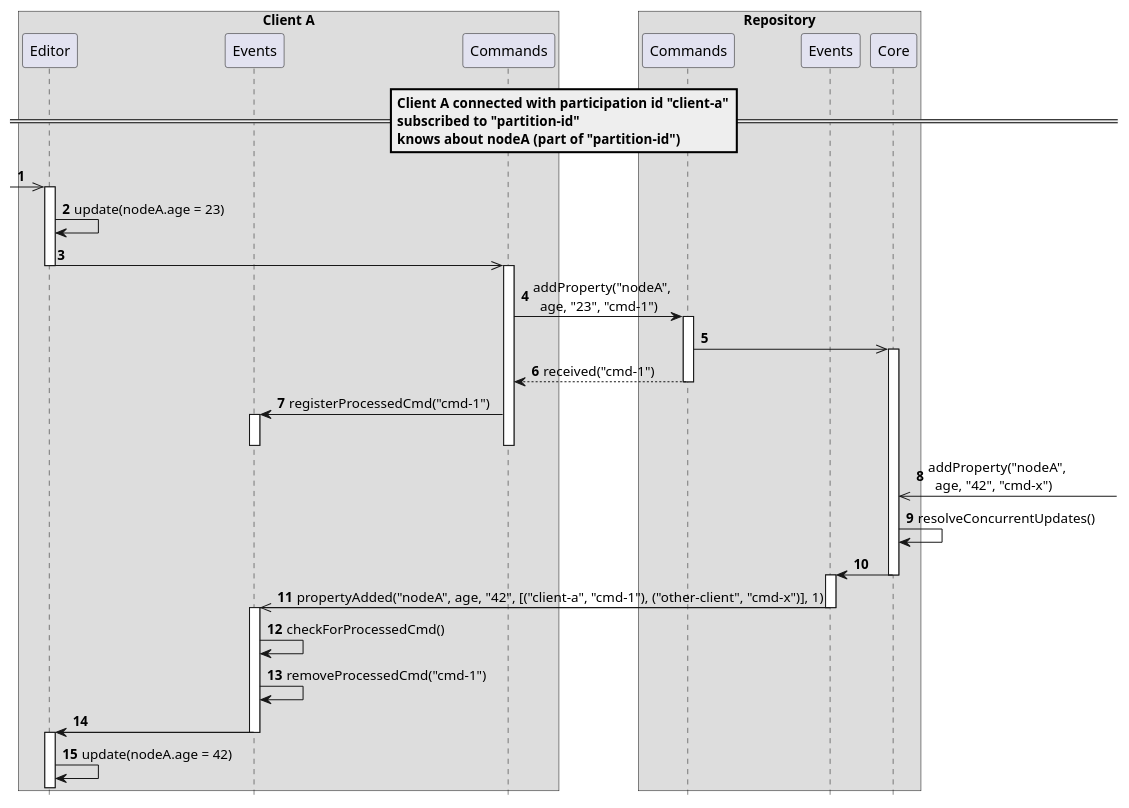
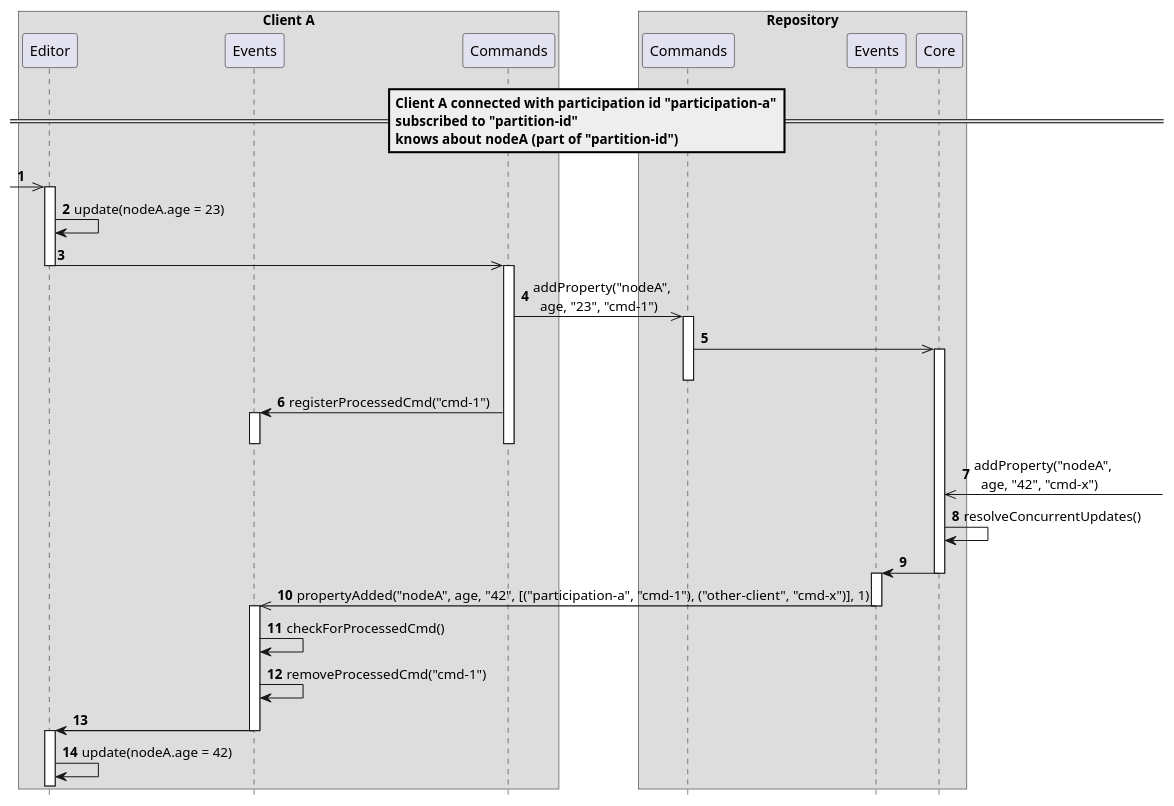
One commit to LionWeb-io/specification changed the diagram in delta/scenarios/concurrentChangeLocalUpdate.adoc. Above: the diagram before and after it, drawn with PlantUML. The commit also changed other lines of this file and 9 other files, not shown here.

```diff
--- a/delta/scenarios/concurrentChangeLocalUpdate.adoc
+++ b/delta/scenarios/concurrentChangeLocalUpdate.adoc
@@ -2,54 +2,53 @@
 [plantuml,concurrentChangeLocalUpdate,svg]
 ----
 hide footbox
 autonumber
 
 box "Client A"
   participant Editor as editor
   participant Events as clientEvent
   participant Commands as clientCmd
 end box
 
 box "Repository"
   participant Commands as repoCmd
   participant Events as repoEvent
   participant Core as core
 end box
 
-== Client A connected with participation id "client-a"\nsubscribed to "partition-id"\nknows about nodeA (part of "partition-id") ==
+== Client A connected with participation id "participation-a"\nsubscribed to "partition-id"\nknows about nodeA (part of "partition-id") ==
 
 [->> editor ++
 editor -> editor: update(nodeA.age = 23)
 editor ->> clientCmd
 deactivate editor
 activate clientCmd
-clientCmd -> repoCmd ++: addProperty("nodeA",\n  age, "23", "cmd-1")
+clientCmd ->> repoCmd ++: addProperty("nodeA",\n  age, "23", "cmd-1")
 repoCmd ->> core
 activate core
-clientCmd <-- repoCmd: received("cmd-1")
 deactivate repoCmd
 clientCmd -> clientEvent: registerProcessedCmd("cmd-1")
 activate clientEvent
 deactivate clientEvent
 deactivate clientCmd
 
 core <<-]: addProperty("nodeA",\n  age, "42", "cmd-x")
 
 core -> core: resolveConcurrentUpdates()
 
 core -> repoEvent
 deactivate core
 
 activate repoEvent
-clientEvent <<- repoEvent: propertyAdded("nodeA", age, "42", [("client-a", "cmd-1"), ("other-client", "cmd-x")], 1)
+clientEvent <<- repoEvent: propertyAdded("nodeA", age, "42", [("participation-a", "cmd-1"), ("other-client", "cmd-x")], 1)
 deactivate repoEvent
 
 activate clientEvent
 clientEvent -> clientEvent: checkForProcessedCmd()
 clientEvent -> clientEvent: removeProcessedCmd("cmd-1")
 clientEvent -> editor
 deactivate clientEvent
 
 activate editor
 editor -> editor: update(nodeA.age = 42)
 ----
```
